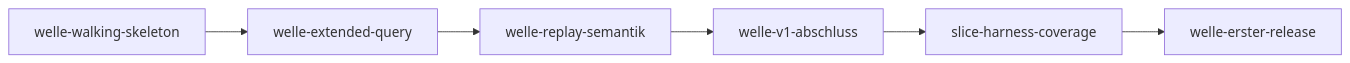
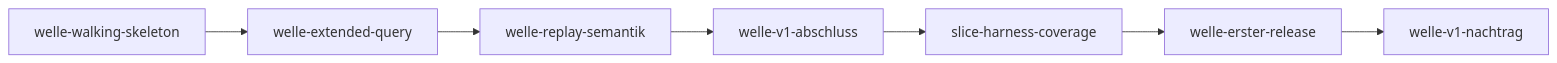
The diagram in docs/plan/planning/in-progress/roadmap.md (pt9912/pgwire-recorder), drawn with Mermaid before and after one commit. The commit also changed other lines of this file and 18 other files, not shown here.

First line of the commit message:
welle-v1-abschluss: Homebrew und Cancel in neue welle-v1-nachtrag umgeplant (LH-FA-19, LH-FA-05)

````diff
--- a/docs/plan/planning/in-progress/roadmap.md
+++ b/docs/plan/planning/in-progress/roadmap.md
@@ -57,14 +59,16 @@
 ```mermaid
 flowchart LR
     W1[welle-walking-skeleton]
     W2[welle-extended-query]
     W3[welle-replay-semantik]
     W4[welle-v1-abschluss]
     W5[welle-erster-release]
+    W6[welle-v1-nachtrag]
 
     W1 --> W2
     W2 --> W3
     W3 --> W4
     W4 --> C[slice-harness-coverage]
     C --> W5
+    W5 --> W6
 ```
````
